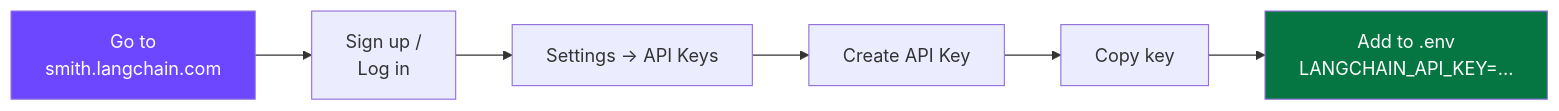
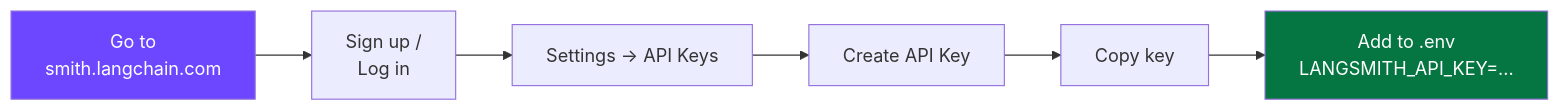
One commit to himanshu231204/linkedin-ai-comment-copilot changed the third of 4 diagrams in doc/ENVIRONMENT_SETUP.md. Above: the diagram before and after it, drawn with Mermaid. The commit also changed other lines of this file and 12 other files, not shown here.

````diff
--- a/doc/ENVIRONMENT_SETUP.md
+++ b/doc/ENVIRONMENT_SETUP.md
@@ -112,11 +112,11 @@
 ```mermaid
 graph LR
     A["Go to<br/>smith.langchain.com"] --> B["Sign up /<br/>Log in"]
     B --> C["Settings → API Keys"]
     C --> D["Create API Key"]
     D --> E["Copy key"]
-    E --> F["Add to .env<br/>LANGCHAIN_API_KEY=..."]
+    E --> F["Add to .env<br/>LANGSMITH_API_KEY=..."]
 
     style A fill:#6C47FF,color:#fff
     style F fill:#057642,color:#fff
 ```
````
